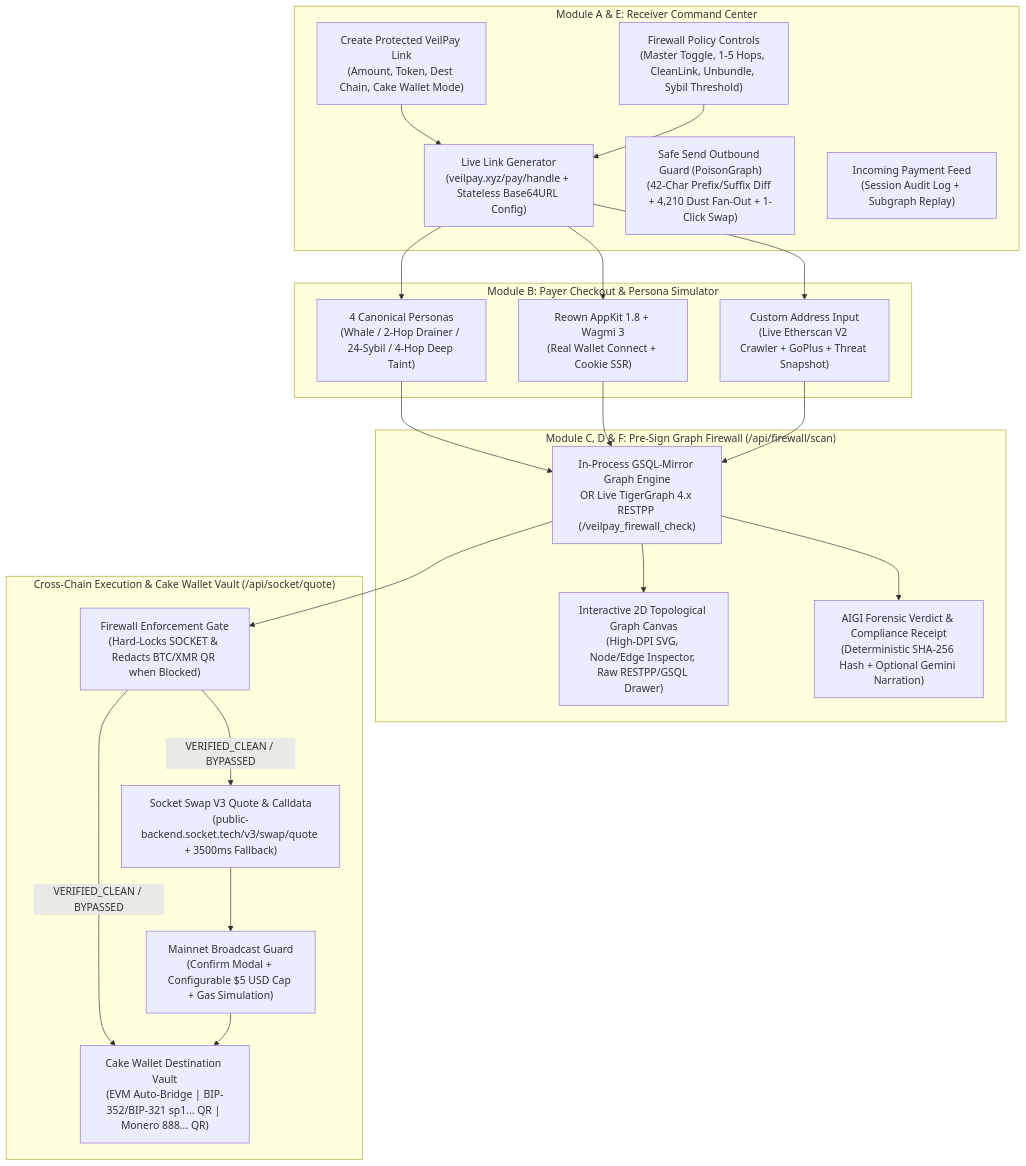
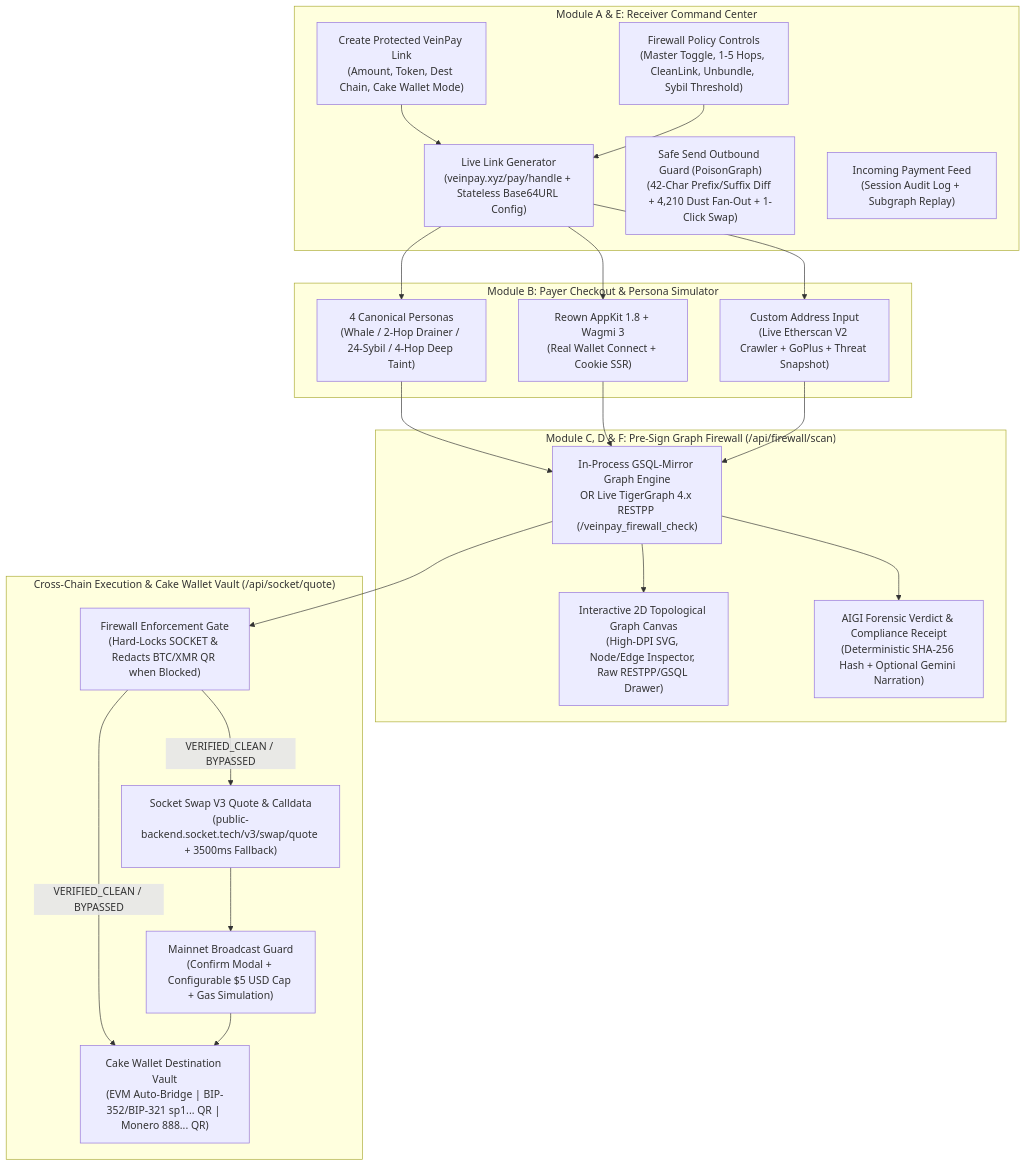
Before and after one commit to Anshsurana123/veinpay: the diagram in IMPLEMENTATION_PLAN.md, drawn with Mermaid. The commit also changed other lines of this file and 114 other files, not shown here.

Commit message:
rebrand: rename VeilPay to VeinPay across codebase

````diff
--- a/IMPLEMENTATION_PLAN.md
+++ b/IMPLEMENTATION_PLAN.md
@@ -11,36 +11,36 @@
 ```mermaid
 flowchart TD
     subgraph Receiver["Module A & E: Receiver Command Center"]
-        A1["Create Protected VeilPay Link\n(Amount, Token, Dest Chain, Cake Wallet Mode)"]
+        A1["Create Protected VeinPay Link\n(Amount, Token, Dest Chain, Cake Wallet Mode)"]
         A2["Firewall Policy Controls\n(Master Toggle, 1-5 Hops, CleanLink, Unbundle, Sybil Threshold)"]
-        A3["Live Link Generator\n(veilpay.xyz/pay/handle + Stateless Base64URL Config)"]
+        A3["Live Link Generator\n(veinpay.xyz/pay/handle + Stateless Base64URL Config)"]
         E1["Safe Send Outbound Guard (PoisonGraph)\n(42-Char Prefix/Suffix Diff + 4,210 Dust Fan-Out + 1-Click Swap)"]
         F1["Incoming Payment Feed\n(Session Audit Log + Subgraph Replay)"]
     end
 
     subgraph Payer["Module B: Payer Checkout & Persona Simulator"]
         B1["4 Canonical Personas\n(Whale / 2-Hop Drainer / 24-Sybil / 4-Hop Deep Taint)"]
         B2["Reown AppKit 1.8 + Wagmi 3\n(Real Wallet Connect + Cookie SSR)"]
         B3["Custom Address Input\n(Live Etherscan V2 Crawler + GoPlus + Threat Snapshot)"]
     end
 
     subgraph Firewall["Module C, D & F: Pre-Sign Graph Firewall (/api/firewall/scan)"]
-        C1["In-Process GSQL-Mirror Graph Engine\nOR Live TigerGraph 4.x RESTPP (/veilpay_firewall_check)"]
+        C1["In-Process GSQL-Mirror Graph Engine\nOR Live TigerGraph 4.x RESTPP (/veinpay_firewall_check)"]
         C2["Interactive 2D Topological Graph Canvas\n(High-DPI SVG, Node/Edge Inspector, Raw RESTPP/GSQL Drawer)"]
         D1["AIGI Forensic Verdict & Compliance Receipt\n(Deterministic SHA-256 Hash + Optional Gemini Narration)"]
     end
 
     subgraph Settlement["Cross-Chain Execution & Cake Wallet Vault (/api/socket/quote)"]
         S1["Firewall Enforcement Gate\n(Hard-Locks SOCKET & Redacts BTC/XMR QR when Blocked)"]
         S2["Socket Swap V3 Quote & Calldata\n(public-backend.socket.tech/v3/swap/quote + 3500ms Fallback)"]
         S3["Mainnet Broadcast Guard\n(Confirm Modal + Configurable $5 USD Cap + Gas Simulation)"]
         S4["Cake Wallet Destination Vault\n(EVM Auto-Bridge | BIP-352/BIP-321 sp1... QR | Monero 888... QR)"]
     end
 
     A1 & A2 --> A3
     A3 --> B1 & B2 & B3
     B1 & B2 & B3 --> C1
     C1 --> C2 & D1 & S1
     S1 -->|VERIFIED_CLEAN / BYPASSED| S2 & S4
     S2 --> S3 --> S4
 ```
````
